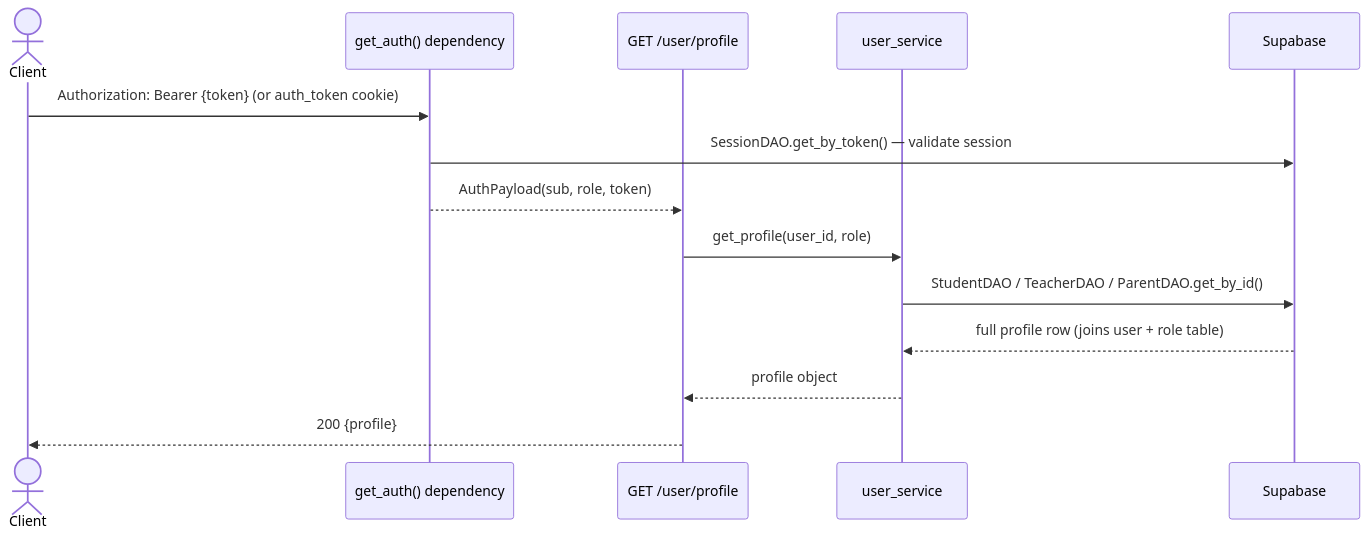
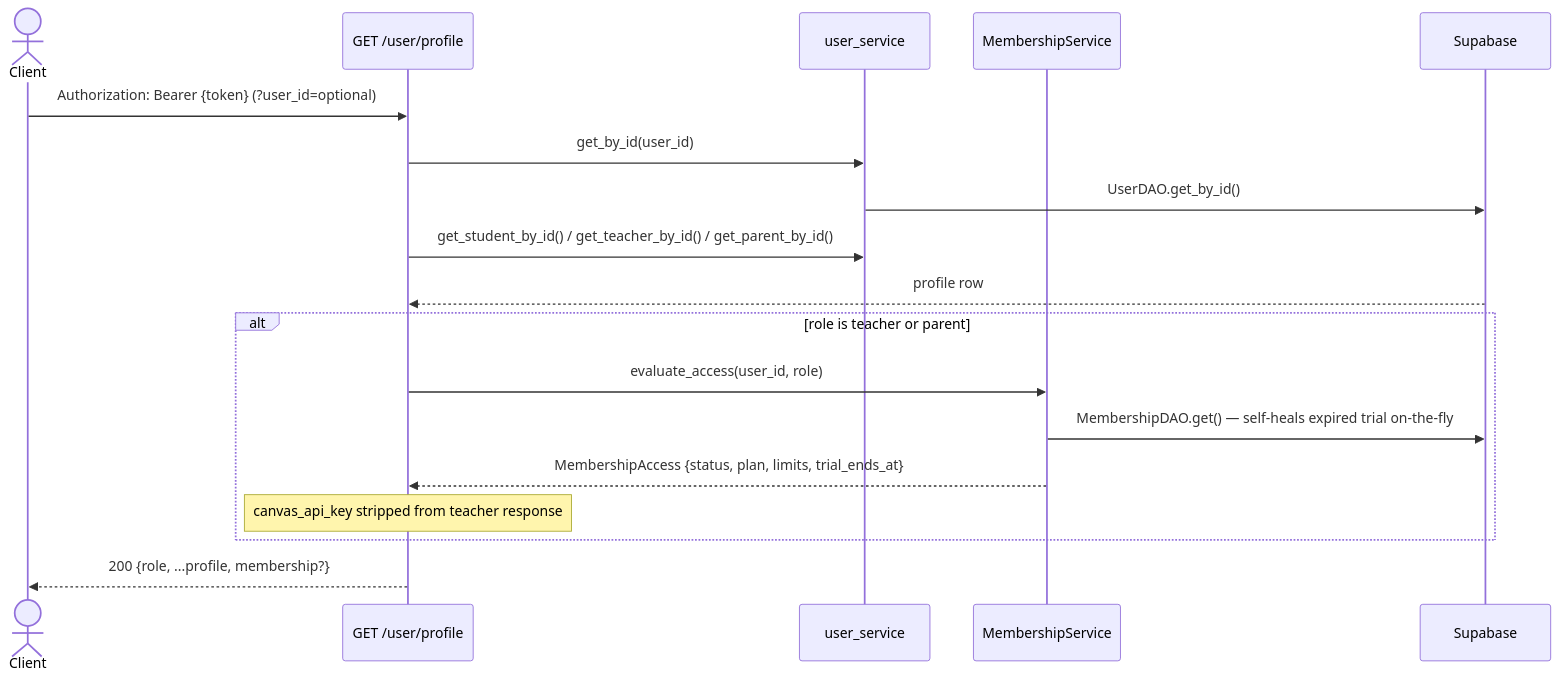
One commit to EduQuest-AI-Inc/eduquest-backend changed the sixth of 31 diagrams in ARCHITECTURE.md. Above: the diagram before and after it, drawn with Mermaid. The commit also changed other lines of this file and 8 other files, not shown here.

````diff
--- a/ARCHITECTURE.md
+++ b/ARCHITECTURE.md
@@ -161,17 +264,21 @@
 ```mermaid
 sequenceDiagram
     actor C as Client
-    participant MW as get_auth() dependency
     participant R as GET /user/profile
     participant S as user_service
+    participant MS as MembershipService
     participant DB as Supabase
 
-    C->>MW: Authorization: Bearer {token}  (or auth_token cookie)
-    MW->>DB: SessionDAO.get_by_token()  — validate session
-    MW-->>R: AuthPayload(sub, role, token)
-    R->>S: get_profile(user_id, role)
-    S->>DB: StudentDAO / TeacherDAO / ParentDAO.get_by_id()
-    DB-->>S: full profile row (joins user + role table)
-    S-->>R: profile object
-    R-->>C: 200  {profile}
+    C->>R: Authorization: Bearer {token}  (?user_id=optional)
+    R->>S: get_by_id(user_id)
+    S->>DB: UserDAO.get_by_id()
+    R->>S: get_student_by_id() / get_teacher_by_id() / get_parent_by_id()
+    DB-->>R: profile row
+    alt role is teacher or parent
+        R->>MS: evaluate_access(user_id, role)
+        MS->>DB: MembershipDAO.get() — self-heals expired trial on-the-fly
+        MS-->>R: MembershipAccess {status, plan, limits, trial_ends_at}
+        Note over R: canvas_api_key stripped from teacher response
+    end
+    R-->>C: 200 {role, ...profile, membership?}
 ```
````
